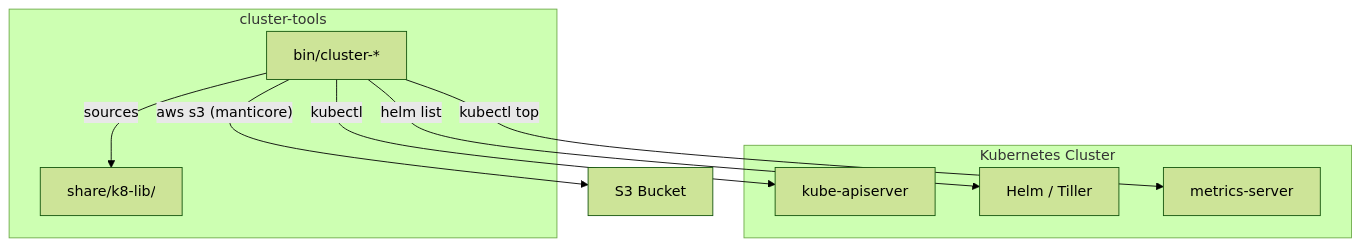
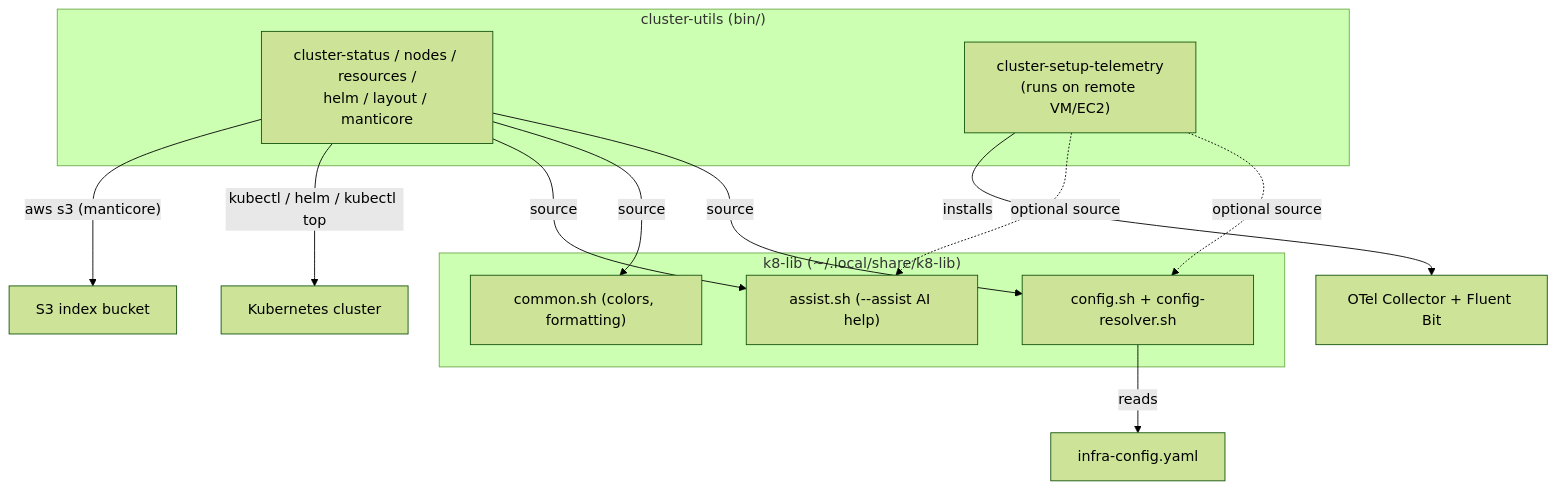
Before and after one commit to the-robot-lives/cluster-tools: the diagram in docs/PROJ-ARCH.md, drawn with Mermaid (forest theme). The commit also changed other lines of this file and 5 other files, not shown here.

````diff
--- a/docs/PROJ-ARCH.md
+++ b/docs/PROJ-ARCH.md
@@ -9,19 +20,21 @@
 ```mermaid
 graph TB
-    subgraph "cluster-tools"
-        BIN["bin/cluster-*"]
-        LIB["share/k8-lib/"]
-        BIN -->|sources| LIB
+    subgraph "cluster-utils (bin/)"
+        DASH["cluster-status / nodes / resources /<br/>helm / layout / manticore"]
+        TEL["cluster-setup-telemetry<br/>(runs on remote VM/EC2)"]
     end
 
-    subgraph "Kubernetes Cluster"
-        API["kube-apiserver"]
-        HELM["Helm / Tiller"]
-        METRICS["metrics-server"]
+    subgraph "k8-lib (~/.local/share/k8-lib)"
+        CFG["config.sh + config-resolver.sh"]
+        COM["common.sh (colors, formatting)"]
+        AST["assist.sh (--assist AI help)"]
     end
 
-    BIN -->|kubectl| API
-    BIN -->|helm list| HELM
-    BIN -->|kubectl top| METRICS
-    BIN -->|"aws s3 (manticore)"| S3["S3 Bucket"]
+    DASH -->|source| CFG & COM & AST
+    TEL -.->|optional source| CFG & AST
+    CFG -->|reads| YAML["infra-config.yaml"]
+
+    DASH -->|kubectl / helm / kubectl top| K8S["Kubernetes cluster"]
+    DASH -->|"aws s3 (manticore)"| S3["S3 index bucket"]
+    TEL -->|installs| OTEL["OTel Collector + Fluent Bit"]
 ```
````
